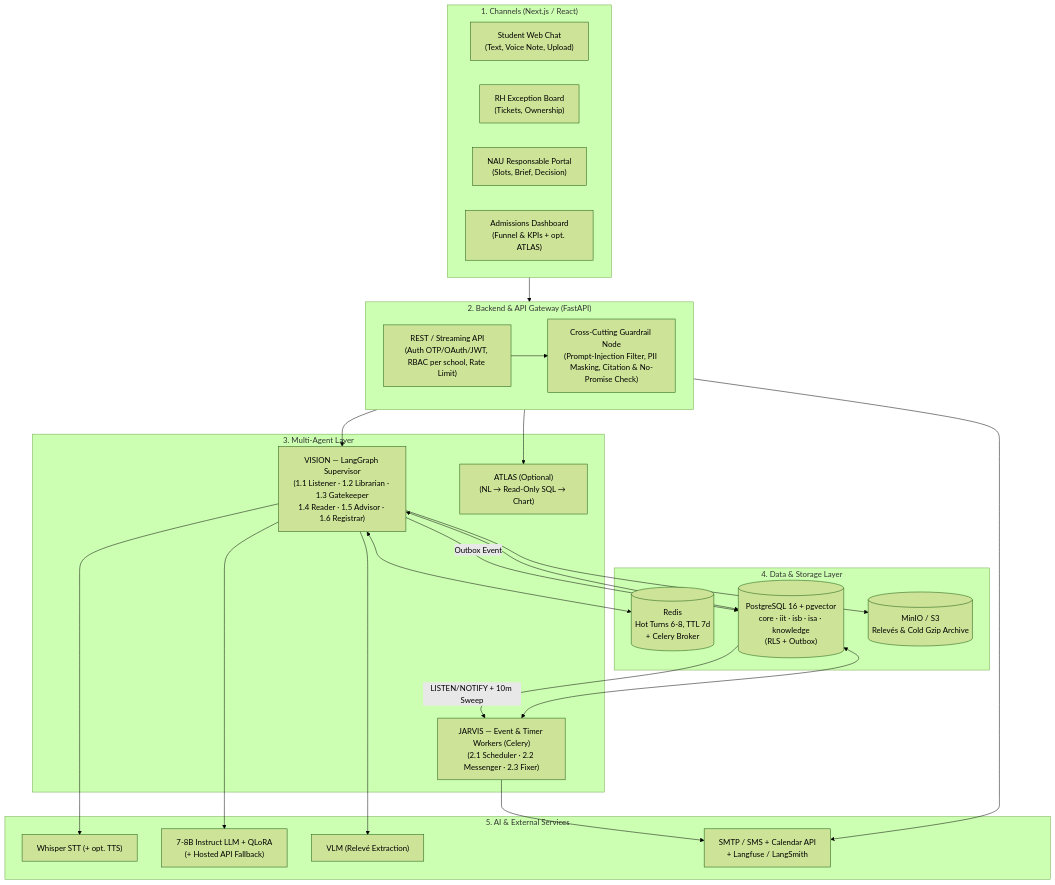
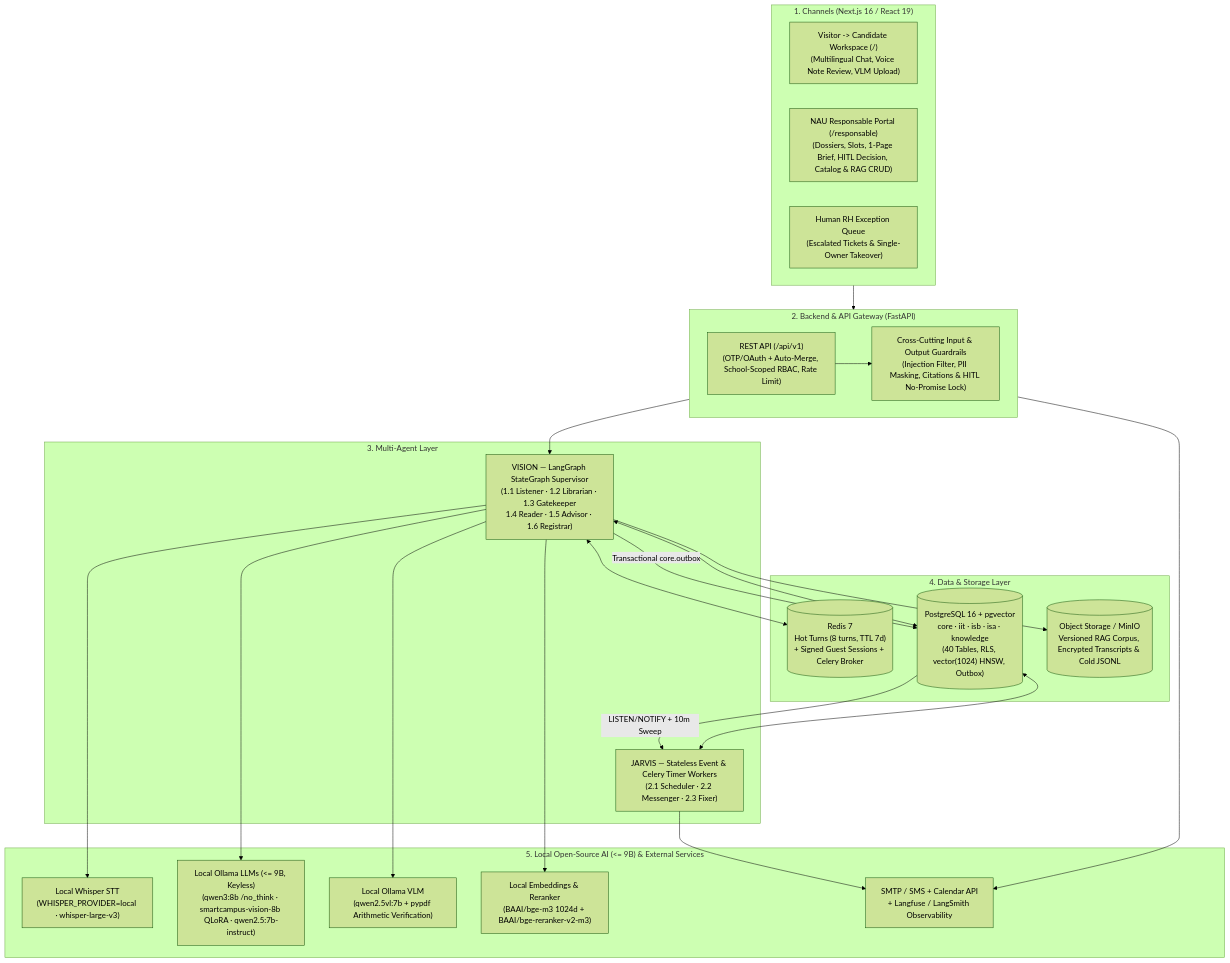
Before and after one commit to mahdizouari/SmartCampus_NightAgents: the diagram in architecture/architecture.md, drawn with Mermaid (forest theme). The commit also changed other lines of this file and 50 other files, not shown here.

Commit message:
fix(alignment): harden candidate anti-IDOR/rate-limit, upgrade Colab notebooks, fix frontend auth, and sync all Sprint 1-2 docs

````diff
--- a/architecture/architecture.md
+++ b/architecture/architecture.md
@@ -21,49 +21,48 @@
 ```mermaid
 flowchart TB
-    subgraph L1["1. Channels (Next.js / React)"]
-        C1["Student Web Chat<br/>(Text, Voice Note, Upload)"]
-        C2["RH Exception Board<br/>(Tickets, Ownership)"]
-        C3["NAU Responsable Portal<br/>(Slots, Brief, Decision)"]
-        C4["Admissions Dashboard<br/>(Funnel & KPIs + opt. ATLAS)"]
+    subgraph L1["1. Channels (Next.js 16 / React 19)"]
+        C1["Visitor -> Candidate Workspace (/)<br/>(Multilingual Chat, Voice Note Review, VLM Upload)"]
+        C2["NAU Responsable Portal (/responsable)<br/>(Dossiers, Slots, 1-Page Brief, HITL Decision, Catalog & RAG CRUD)"]
+        C3["Human RH Exception Queue<br/>(Escalated Tickets & Single-Owner Takeover)"]
     end
 
     subgraph L2["2. Backend & API Gateway (FastAPI)"]
-        API["REST / Streaming API<br/>(Auth OTP/OAuth/JWT, RBAC per school, Rate Limit)"]
-        GR["Cross-Cutting Guardrail Node<br/>(Prompt-Injection Filter, PII Masking, Citation & No-Promise Check)"]
+        API["REST API (/api/v1)<br/>(OTP/OAuth + Auto-Merge, School-Scoped RBAC, Rate Limit)"]
+        GR["Cross-Cutting Input & Output Guardrails<br/>(Injection Filter, PII Masking, Citations & HITL No-Promise Lock)"]
         API --> GR
     end
 
     subgraph L3["3. Multi-Agent Layer"]
-        VIS["VISION — LangGraph Supervisor<br/>(1.1 Listener · 1.2 Librarian · 1.3 Gatekeeper<br/>1.4 Reader · 1.5 Advisor · 1.6 Registrar)"]
-        JAR["JARVIS — Event & Timer Workers (Celery)<br/>(2.1 Scheduler · 2.2 Messenger · 2.3 Fixer)"]
-        ATL["ATLAS (Optional)<br/>(NL → Read-Only SQL → Chart)"]
+        VIS["VISION — LangGraph StateGraph Supervisor<br/>(1.1 Listener · 1.2 Librarian · 1.3 Gatekeeper<br/>1.4 Reader · 1.5 Advisor · 1.6 Registrar)"]
+        JAR["JARVIS — Stateless Event & Celery Timer Workers<br/>(2.1 Scheduler · 2.2 Messenger · 2.3 Fixer)"]
     end
 
     subgraph L4["4. Data & Storage Layer"]
-        RED[("Redis<br/>Hot Turns 6-8, TTL 7d<br/>+ Celery Broker")]
-        PG[("PostgreSQL 16 + pgvector<br/>core · iit · isb · isa · knowledge<br/>(RLS + Outbox)")]
-        MIN[("MinIO / S3<br/>Relevés & Cold Gzip Archive")]
+        RED[("Redis 7<br/>Hot Turns (8 turns, TTL 7d)<br/>+ Signed Guest Sessions + Celery Broker")]
+        PG[("PostgreSQL 16 + pgvector<br/>core · iit · isb · isa · knowledge<br/>(40 Tables, RLS, vector(1024) HNSW, Outbox)")]
+        MIN[("Object Storage / MinIO<br/>Versioned RAG Corpus, Encrypted Transcripts & Cold JSONL")]
     end
 
-    subgraph L5["5. AI & External Services"]
-        STT["Whisper STT (+ opt. TTS)"]
-        LLM["7-8B Instruct LLM + QLoRA<br/>(+ Hosted API Fallback)"]
-        VLM["VLM (Relevé Extraction)"]
-        EXT["SMTP / SMS + Calendar API<br/>+ Langfuse / LangSmith"]
+    subgraph L5["5. Local Open-Source AI (<= 9B) & External Services"]
+        STT["Local Whisper STT<br/>(WHISPER_PROVIDER=local · whisper-large-v3)"]
+        LLM["Local Ollama LLMs (<= 9B, Keyless)<br/>(qwen3:8b /no_think · smartcampus-vision-8b QLoRA · qwen2.5:7b-instruct)"]
+        VLM["Local Ollama VLM<br/>(qwen2.5vl:7b + pypdf Arithmetic Verification)"]
+        EMB["Local Embeddings & Reranker<br/>(BAAI/bge-m3 1024d + BAAI/bge-reranker-v2-m3)"]
+        EXT["SMTP / SMS + Calendar API<br/>+ Langfuse / LangSmith Observability"]
     end
 
     L1 --> L2
     L2 --> VIS
-    L2 --> ATL
-    VIS -->|"Outbox Event"| PG
+    VIS -->|"Transactional core.outbox"| PG
     PG -->|"LISTEN/NOTIFY + 10m Sweep"| JAR
     VIS <--> RED
     VIS <--> PG
     VIS --> MIN
     JAR <--> PG
     JAR --> EXT
     VIS --> STT
     VIS --> LLM
     VIS --> VLM
+    VIS --> EMB
     L2 --> EXT
 ```
````
